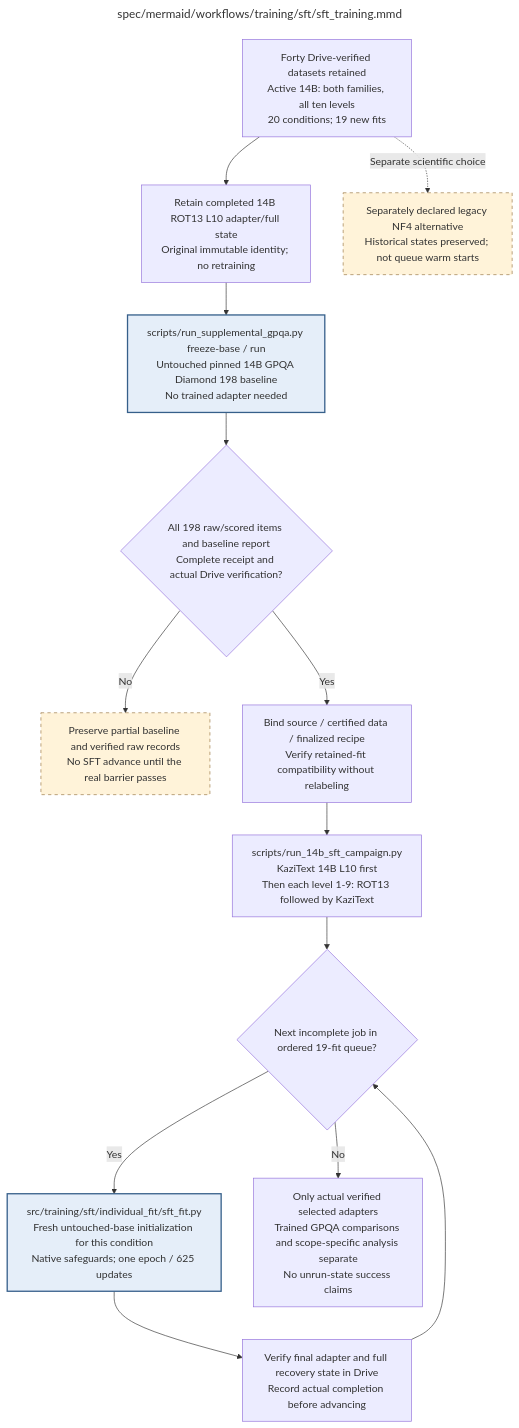
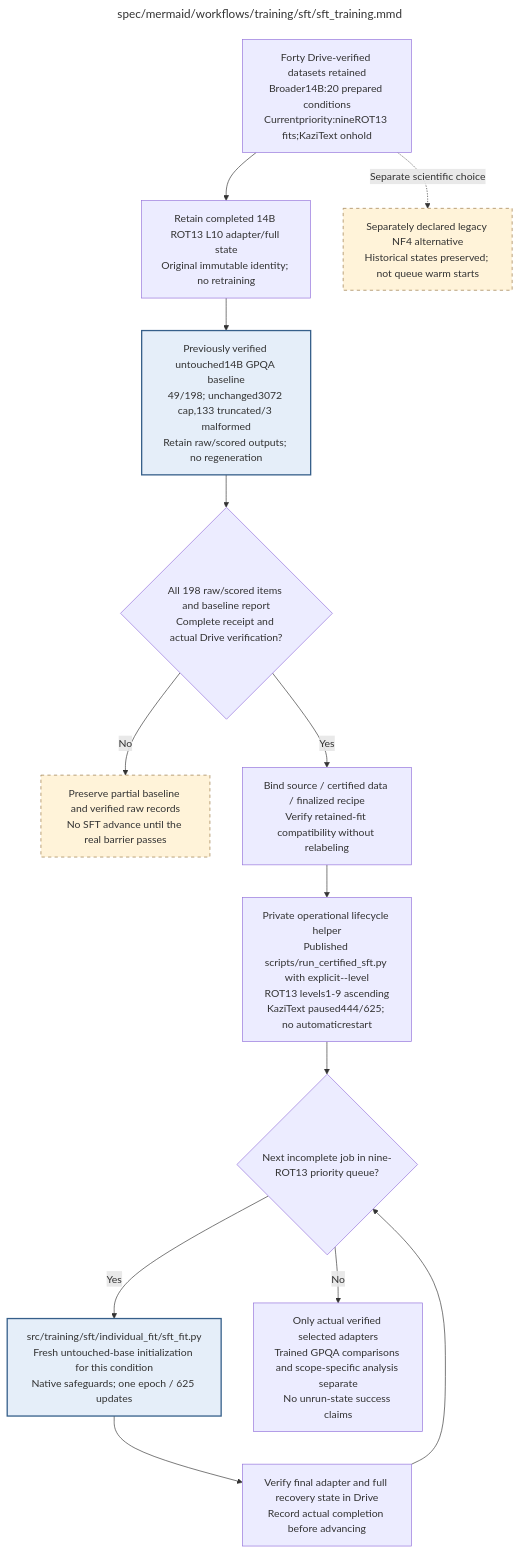
The diagram in docs/modules/training/sft/sft_training.md (AJUNNYC/inducing_persistent_textual_chain_of_thought_illegibility), drawn with Mermaid before and after one commit. The commit also changed other lines of this file and 31 other files, not shown here.

Commit message:
Prioritize remaining 14B ROT13 fits and preserve KaziText pause

````diff
--- a/docs/modules/training/sft/sft_training.md
+++ b/docs/modules/training/sft/sft_training.md
@@ -85,51 +85,53 @@
 ```mermaid
 ---
 title: "spec/mermaid/workflows/training/sft/sft_training.mmd"
 ---
 flowchart TD
-%% Dated13Oct21:38UTC evidence: actualGPQA49/198 complete/Drive verified;133 truncated+3 malformed at3072 tokens.
-%% Worker scientificsource9de8813 runsKaziText14B L10;200/625 checkpointDrive verified21:31UTC, native guards passed1x16/GCoff.
+%% Dated13Oct22:06UTC evidence: GPQA49/198 staysverified;KaziTextL10 paused444;ROT13L1 nowtraining.
+%% ROT13L1 native masks/recovery passed1x16/GCoff;checkpoint0 Drive-verified;3 busyGPU samples94-98%.
+%% Exactupdatecountwaitsfornextsavedcheckpoint; launchedPID alone is not trainingproof.
 %% RetainedROT13L10 keeps old2ea4fb9 identity; laterdocumentation cannot relabel executed workers.
-%% Current coordinator: scripts/run_14b_sft_campaign.py; no new work claimed complete here.
+%% Current priority uses private lifecycle helper -> published scripts/run_certified_sft.py explicitlevel.
+%% No scientific source/configuration/data/recipe change; source9de8813 remains executed identity.
 %% Forty prepared datasets retained; active scope is 20 14B conditions, 19 new fits.
 %% Retain completed ROT13 14B L10 with immutable source 2ea4fb9/config 6f7e5048 identity.
 %% Baseline-only GPQA CLI needs no trained adapter; require real Diamond 198 completion and Drive verification.
-%% New fits: KaziText L10 first, then ROT13/KaziText at levels 1-9 ascending; serialize this queue.
+%% New user priority: nineROT13 levels1-9 ascending; KaziTextpaused444/625 Drive-verified, no automaticrestart.
 %% Each starts from untouched pinned base; default efficient_one_epoch_v1 applies per fit.
 %% All 10,000 examples once; 625 updates/cosine horizon; 19 warmup; full targets/effective 16.
 %% BF16 base/head, exact full-gradient CCE, SDPA, plain AdamW; original LoRA/masks/LR unchanged.
 %% Requested 2 x 8; CUDA-OOM-only capacity fallback 1 x 16; recorded execution mode frozen for recovery.
 %% Checkpoints every 100/final 625, verified Drive outputs before advancement.
 %% $240 authorization retained; no new inferred hourly price or rate-based cutoff.
 %% Explicit UTC deadlines and safe user pauses remain separate controls.
 %% Historical 7B/NF4 outputs retained; no warm starts or success inferred from missing states.
 %% Child: FIT => individual_fit/sft_fit.mmd
-    INPUT["Forty Drive-verified datasets retained<br/>Active 14B: both families, all ten levels<br/>20 conditions; 19 new fits"]
+    INPUT["Forty Drive-verified datasets retained<br/>Broader14B:20 prepared conditions<br/>Currentpriority:nineROT13 fits;KaziText onhold"]
     RETAIN["Retain completed 14B ROT13 L10 adapter/full state<br/>Original immutable identity; no retraining"]
-    BASE["scripts/run_supplemental_gpqa.py freeze-base / run<br/>Untouched pinned 14B GPQA Diamond 198 baseline<br/>No trained adapter needed"]
+    BASE["Previously verified untouched14B GPQA baseline<br/>49/198; unchanged3072 cap,133 truncated/3 malformed<br/>Retain raw/scored outputs; no regeneration"]
     BARRIER{"All 198 raw/scored items and baseline report<br/>Complete receipt and actual Drive verification?"}
     WAIT["Preserve partial baseline and verified raw records<br/>No SFT advance until the real barrier passes"]
     BIND["Bind source / certified data / finalized recipe<br/>Verify retained-fit compatibility without relabeling"]
-    ORDER["scripts/run_14b_sft_campaign.py<br/>KaziText 14B L10 first<br/>Then each level 1-9: ROT13 followed by KaziText"]
-    NEXT{"Next incomplete job in ordered 19-fit queue?"}
+    ORDER["Private operational lifecycle helper<br/>Published scripts/run_certified_sft.py with explicit--level<br/>ROT13 levels1-9 ascending<br/>KaziText paused444/625; no automaticrestart"]
+    NEXT{"Next incomplete job in nine-ROT13 priority queue?"}
     FIT["src/training/sft/individual_fit/sft_fit.py<br/>Fresh untouched-base initialization for this condition<br/>Native safeguards; one epoch / 625 updates"]
     SAVE["Verify final adapter and full recovery state in Drive<br/>Record actual completion before advancing"]
     OUT["Only actual verified selected adapters<br/>Trained GPQA comparisons and scope-specific analysis separate<br/>No unrun-state success claims"]
     LEGACY["Separately declared legacy NF4 alternative<br/>Historical states preserved; not queue warm starts"]
     INPUT --> RETAIN --> BASE --> BARRIER
     BARRIER -->|No| WAIT
     BARRIER -->|Yes| BIND --> ORDER --> NEXT
     NEXT -->|Yes| FIT --> SAVE --> NEXT
     NEXT -->|No| OUT
     INPUT -.->|Separate scientific choice| LEGACY
     classDef detail fill:#e5eef9,stroke:#365f8a,stroke-width:2px
     class BASE,FIT detail
     classDef stop fill:#fff3d9,stroke:#95733f,stroke-dasharray:5 5
     class WAIT,LEGACY stop
 
 %% Repository module: src/training/sft/sft_training.py
 %% Module documentation: docs/modules/training/sft/sft_training.md
 %% Unit test: tests/unit/training/sft/test_sft_training.py
 %% Owner: sft
 %% Source sections: C.2; E.1.1-E.1.3; E.2.2,E.2.5; authorized efficient redesign/current queue
 ```
````
